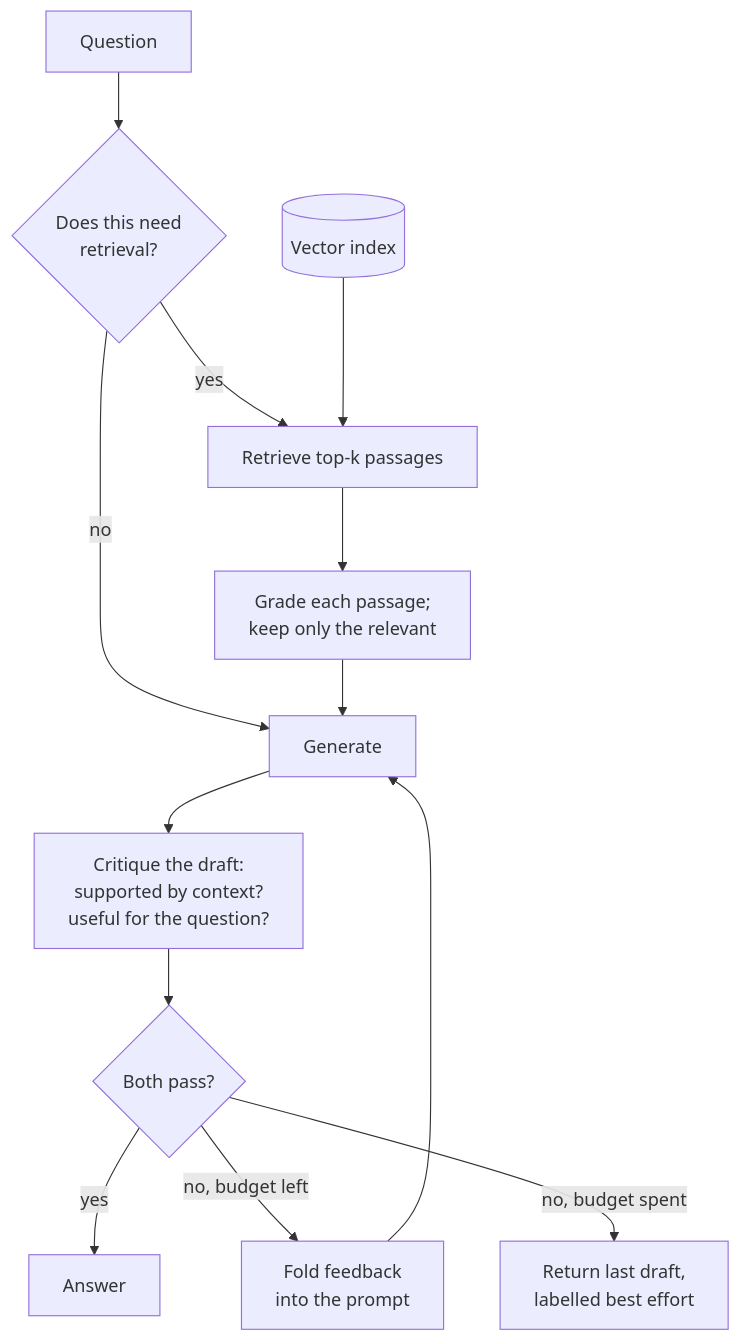
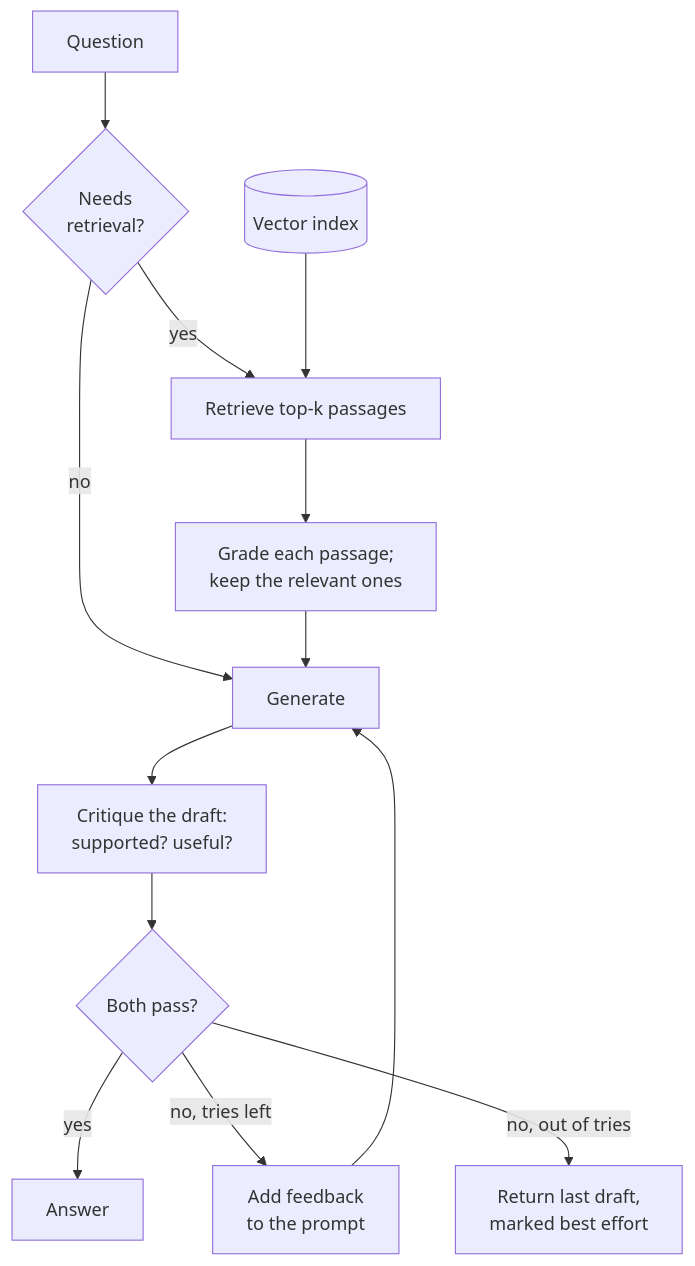
One commit to jjaaxx44/genai-personal-lab-rag changed the second of 2 diagrams in app/demos/rag/self_rag/README.md. Above: the diagram before and after it, drawn with Mermaid. The commit also changed other lines of this file and 32 other files, not shown here.

````diff
--- a/app/demos/rag/self_rag/README.md
+++ b/app/demos/rag/self_rag/README.md
@@ -34,15 +20,15 @@
 ```mermaid
 flowchart TD
-  Q["Question"] --> R{"Does this need<br/>retrieval?"}
+  Q["Question"] --> R{"Needs<br/>retrieval?"}
   R -->|"no"| GEN["Generate"]
   R -->|"yes"| RET["Retrieve top-k passages"]
   I[("Vector index")] --> RET
-  RET --> F["Grade each passage;<br/>keep only the relevant"]
+  RET --> F["Grade each passage;<br/>keep the relevant ones"]
   F --> GEN
-  GEN --> C["Critique the draft:<br/>supported by context?<br/>useful for the question?"]
+  GEN --> C["Critique the draft:<br/>supported? useful?"]
   C --> D{"Both pass?"}
   D -->|"yes"| A["Answer"]
-  D -->|"no, budget left"| FB["Fold feedback<br/>into the prompt"]
+  D -->|"no, tries left"| FB["Add feedback<br/>to the prompt"]
   FB --> GEN
-  D -->|"no, budget spent"| BE["Return last draft,<br/>labelled best effort"]
+  D -->|"no, out of tries"| BE["Return last draft,<br/>marked best effort"]
 ```
````
